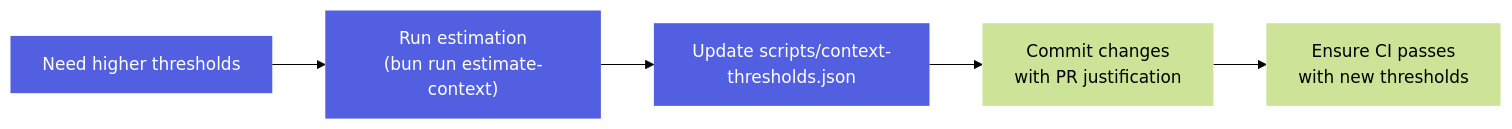
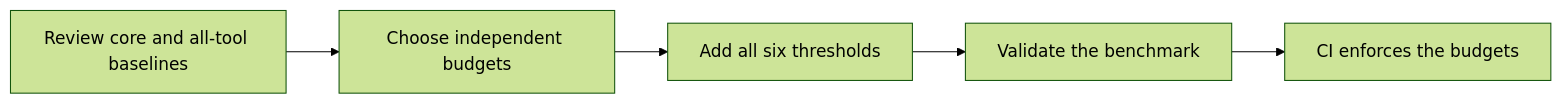
Before and after one commit to kaeawc/auto-mobile: the diagram in docs/design-docs/mcp/context-thresholds.md, drawn with Mermaid (forest theme). The commit also changed other lines of this file and 11 other files, not shown here.

Commit message:
feat(mcp): default to core tool context

````diff
--- a/docs/design-docs/mcp/context-thresholds.md
+++ b/docs/design-docs/mcp/context-thresholds.md
@@ -163,12 +115,7 @@
 ```mermaid
 flowchart LR
-    A["Need higher thresholds"] --> B["Run estimation<br/>(bun run estimate-context)"];
-    B --> C["Update scripts/context-thresholds.json"];
-    C --> D["Commit changes<br/>with PR justification"];
-    D --> E["Ensure CI passes<br/>with new thresholds"];
-    classDef decision fill:#CC2200,stroke-width:0px,color:white;
-    classDef logic fill:#525FE1,stroke-width:0px,color:white;
-    classDef result stroke-width:0px;
-    class A,B,C logic;
-    class D,E result;
+    A["Review core and all-tool baselines"] --> B["Choose independent budgets"];
+    B --> C["Add all six thresholds"];
+    C --> D["Validate the benchmark"];
+    D --> E["CI enforces the budgets"];
 ```
````
